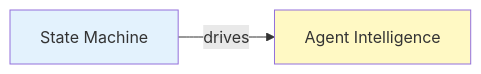
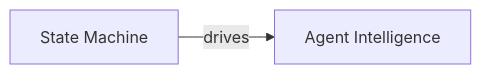
The first of 2 diagrams in instructions/orchestrator/SOUL.md (CharlesLuxinger/harness-eng-multi-agent), drawn with Mermaid before and after one commit. The commit also changed other lines of this file and 67 other files, not shown here.

````diff
--- a/instructions/orchestrator/SOUL.md
+++ b/instructions/orchestrator/SOUL.md
@@ -162,7 +162,4 @@
 ```mermaid
 graph LR
     A["State Machine"] -->|drives| B["Agent Intelligence"]
-    
-    style A fill:#e3f2fd
-    style B fill:#fff9c4
 ```
````
